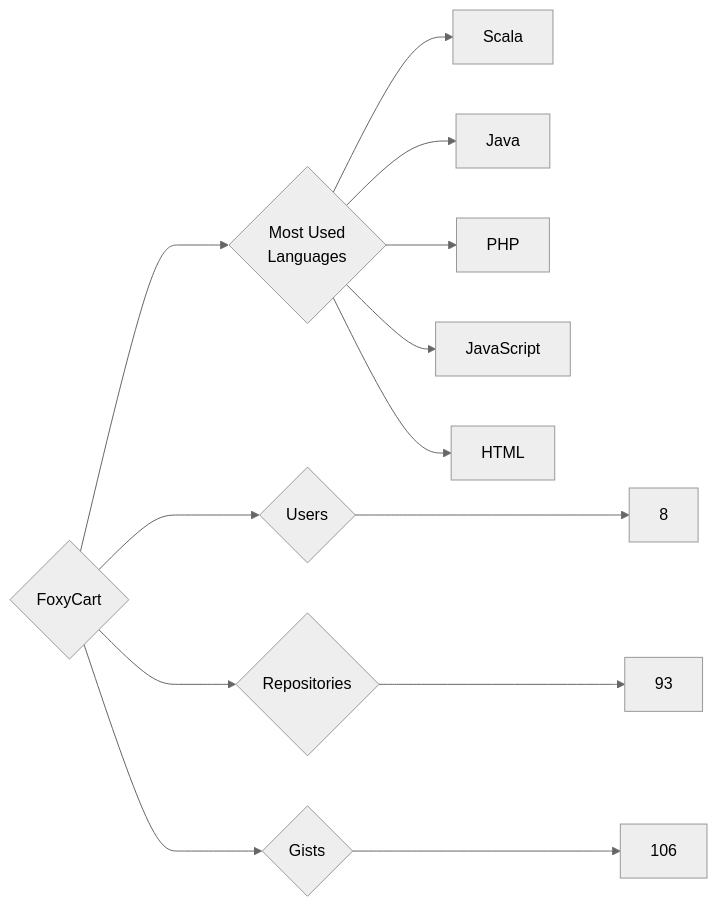
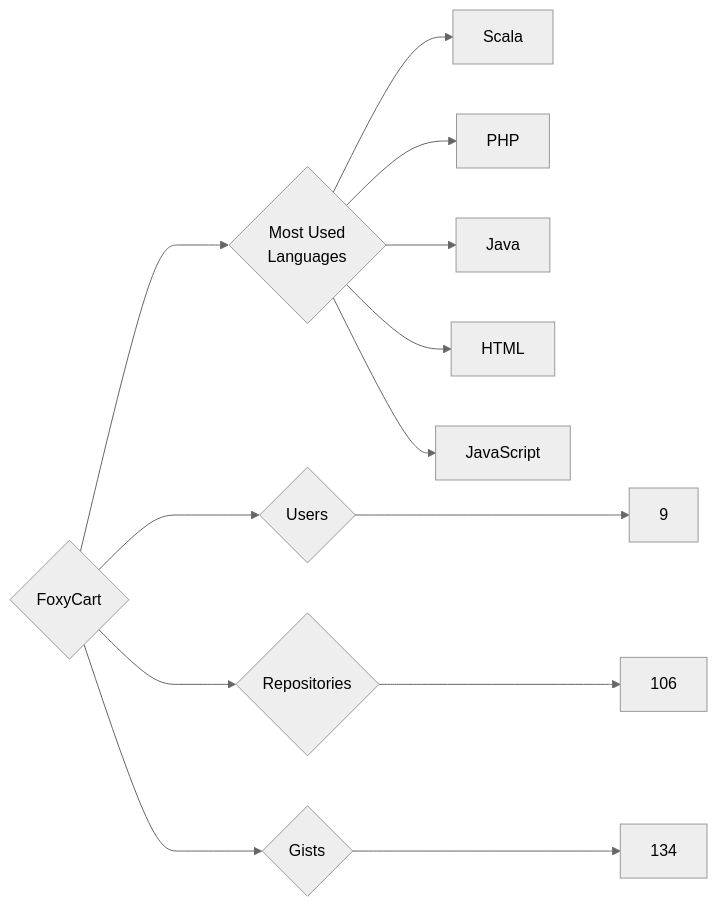
The diagram in targets/FoxyCart/README.md (trickest/insiders), drawn with Mermaid (neutral theme) before and after one commit. The commit also changed 1055 other files, not shown here.

````diff
--- a/targets/FoxyCart/README.md
+++ b/targets/FoxyCart/README.md
@@ -3,13 +3,13 @@
 ```mermaid
 graph LR
 COMPANY_NAME{FoxyCart}
-COMPANY_NAME ---> U{Users} ---> UN[8]
-COMPANY_NAME ---> R{Repositories} ---> RN[93]
-COMPANY_NAME ---> G{Gists} ---> GN[106]
+COMPANY_NAME ---> U{Users} ---> UN[9]
+COMPANY_NAME ---> R{Repositories} ---> RN[106]
+COMPANY_NAME ---> G{Gists} ---> GN[134]
 COMPANY_NAME ---> ML{Most Used<br>Languages}
 ML --> Scala[Scala]
+ML --> PHP[PHP]
 ML --> Java[Java]
-ML --> PHP[PHP]
+ML --> HTML[HTML]
 ML --> JavaScript[JavaScript]
-ML --> HTML[HTML]
 ```
````
